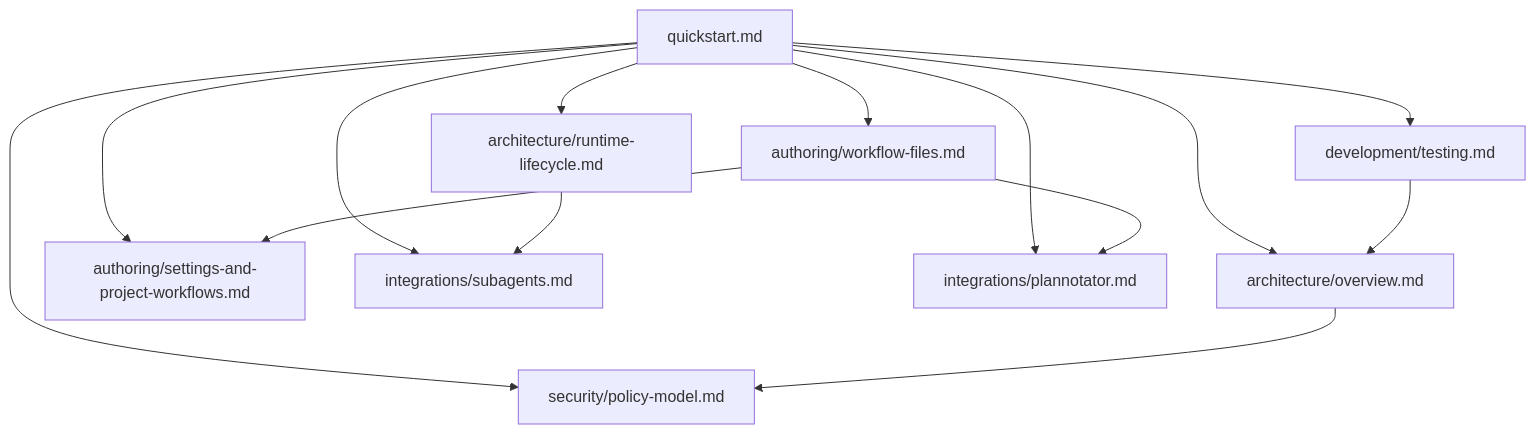
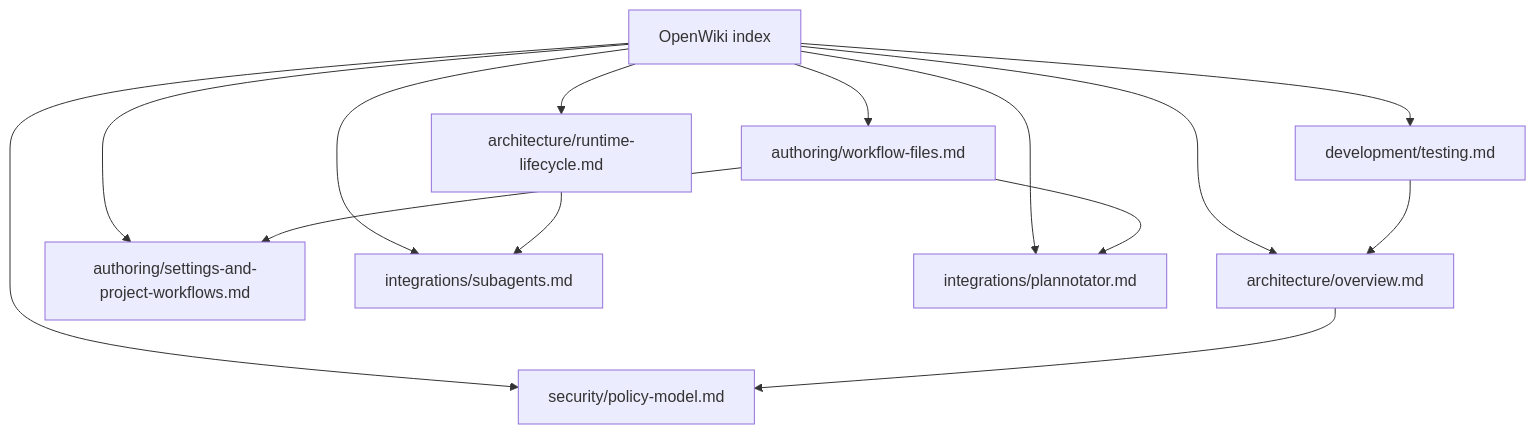
One commit to wichayutdew/pi-workflows changed the first of 3 diagrams in openwiki/quickstart.md. Above: the diagram before and after it, drawn with Mermaid. The commit also changed other lines of this file and 35 other files, not shown here.

````diff
--- a/openwiki/quickstart.md
+++ b/openwiki/quickstart.md
@@ -7,17 +10,17 @@
 ```mermaid
 flowchart TD
-  Q[quickstart.md] --> A[architecture/overview.md]
+  Q[OpenWiki index] --> A[architecture/overview.md]
   Q --> L[architecture/runtime-lifecycle.md]
   Q --> W[authoring/workflow-files.md]
   Q --> S[authoring/settings-and-project-workflows.md]
   Q --> P[security/policy-model.md]
   Q --> G[integrations/subagents.md]
   Q --> R[integrations/plannotator.md]
   Q --> D[development/testing.md]
 
   A --> P
   L --> G
   W --> S
   W --> R
   D --> A
 ```
````
